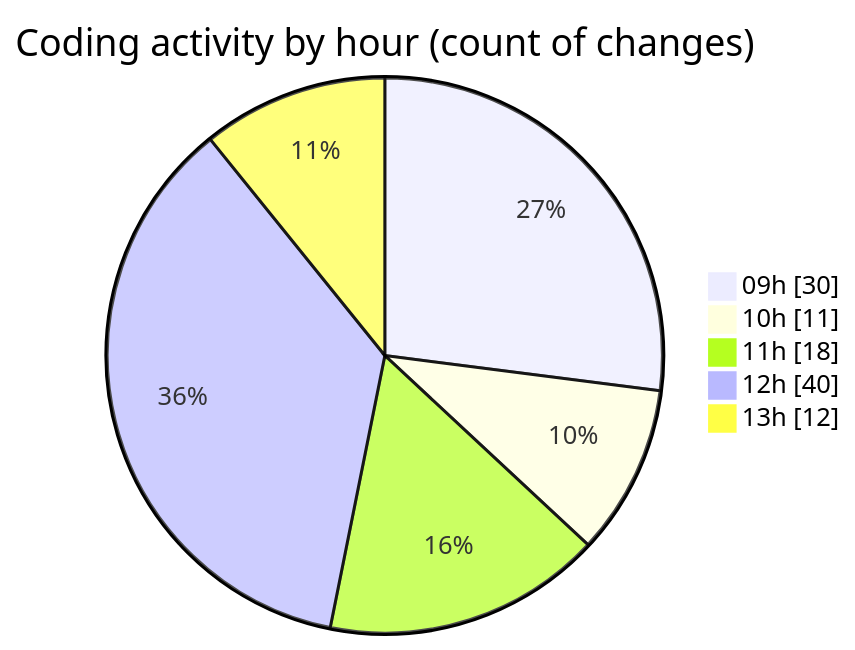
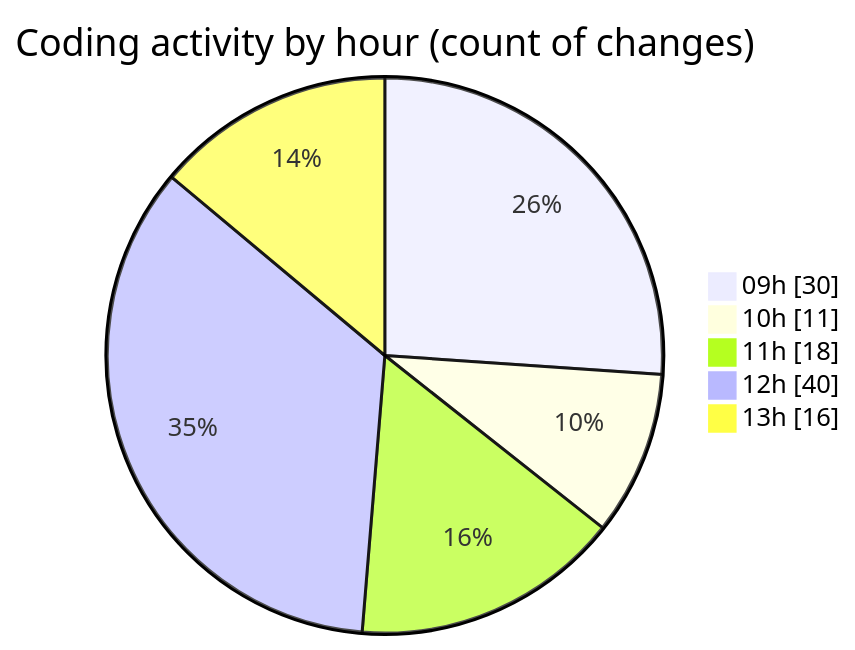
The second of 2 diagrams in 2025-03-05/cda/README.md (momahboobian/code-tracking), drawn with Mermaid before and after one commit. The commit also changed other lines of this file and 1 other file, not shown here.

````diff
--- a/2025-03-05/cda/README.md
+++ b/2025-03-05/cda/README.md
@@ -59,9 +59,9 @@
 ```mermaid
 pie showData
 title Coding activity by hour (count of changes)
 "09h" : 30
 "10h" : 11
 "11h" : 18
 "12h" : 40
-"13h" : 12
+"13h" : 16
 ```
````
